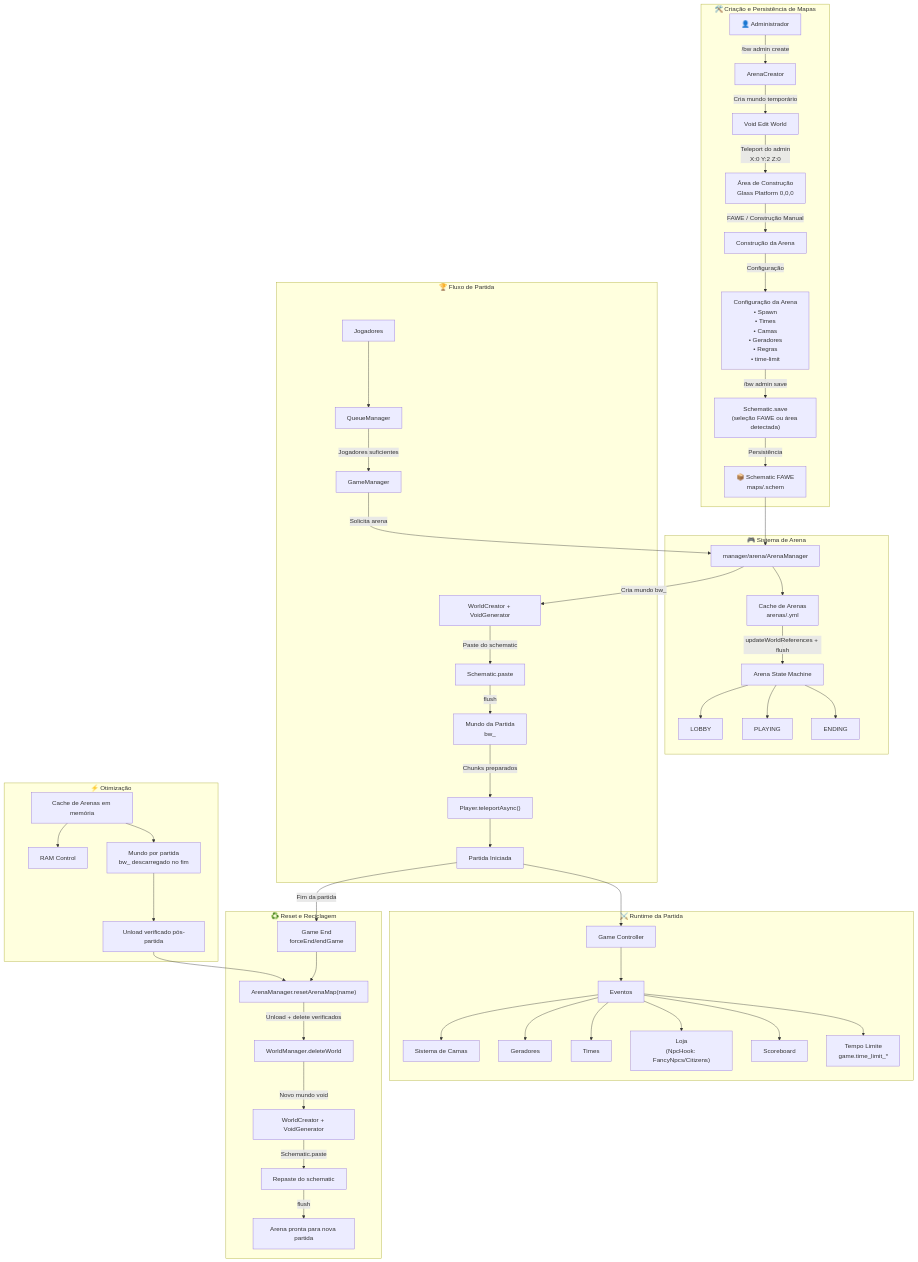
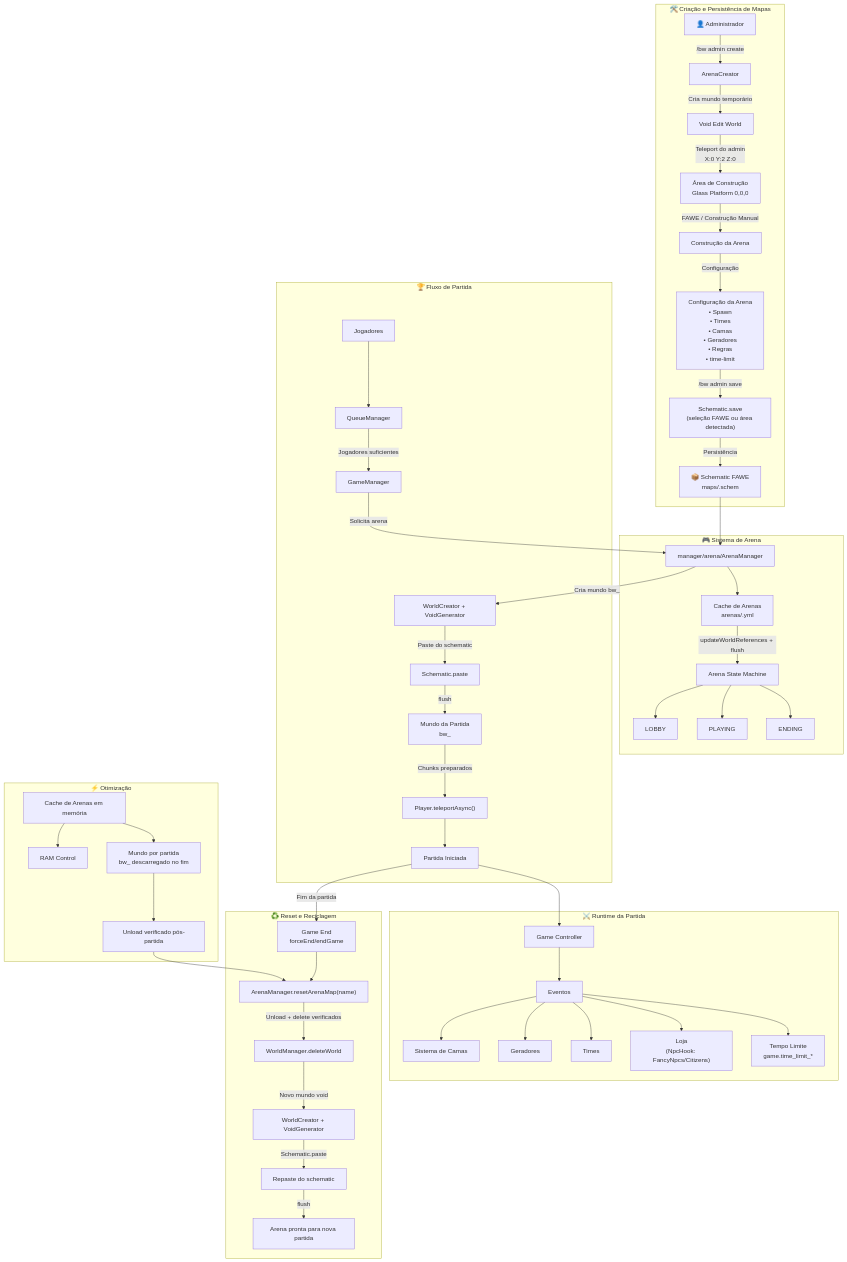
Before and after one commit to sebastianjnuwu/BedWars: the diagram in ARCHITECTURE.md, drawn with Mermaid. The commit also changed other lines of this file and 2 other files, not shown here.

```diff
--- a/ARCHITECTURE.md
+++ b/ARCHITECTURE.md
@@ -110,8 +110,6 @@
 
     Events --> Shop["Loja\n(NpcHook: FancyNpcs/Citizens)"]
 
-    Events --> Score["Scoreboard"]
-
     Events --> TimeLimit["Tempo Limite\ngame.time_limit_*"]
 
 end
```
